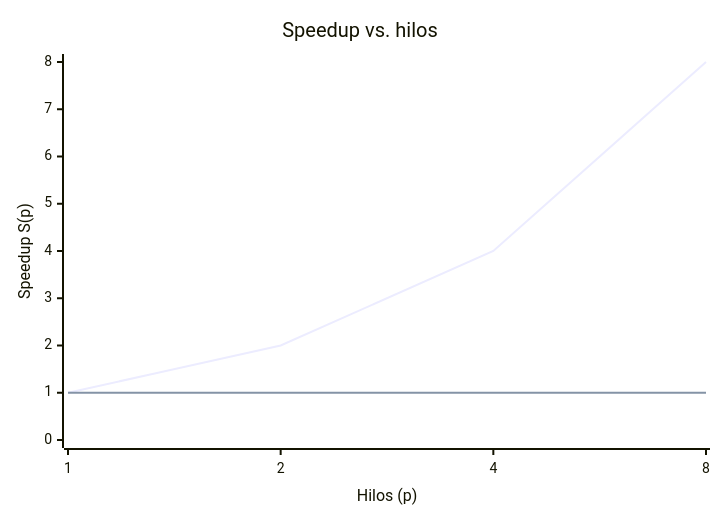
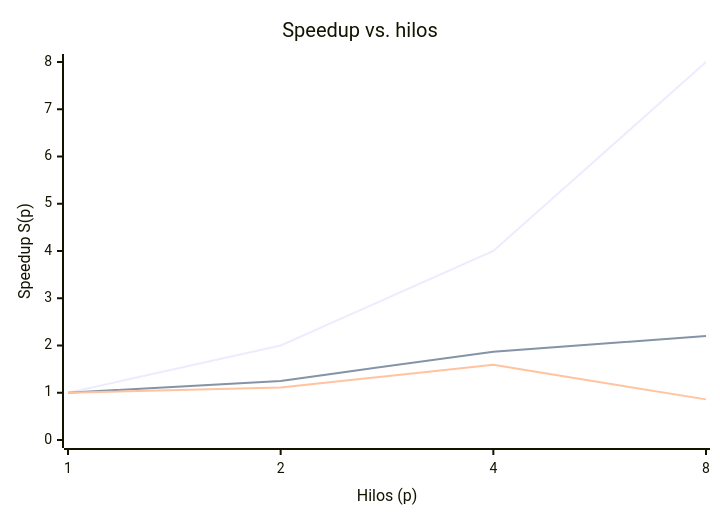
One commit to BigBelial/Paralelas-AI-Final changed the diagram in docs/03-paralelizacion.md. Above: the diagram before and after it, drawn with Mermaid. The commit also changed other lines of this file and 7 other files, not shown here.

````diff
--- a/docs/03-paralelizacion.md
+++ b/docs/03-paralelizacion.md
@@ -112,8 +137,9 @@
 ```mermaid
 xychart-beta
     title "Speedup vs. hilos"
     x-axis "Hilos (p)" [1, 2, 4, 8]
     y-axis "Speedup S(p)" 0 --> 8
     line "ideal" [1, 2, 4, 8]
-    line "Alfa-Beta depth=12" [1, 1, 1, 1]
+    line "Alfa-Beta depth=12" [1, 1.25, 1.87, 2.20]
+    line "Alfa-Beta depth=8" [1, 1.11, 1.59, 0.86]
 ```
````
